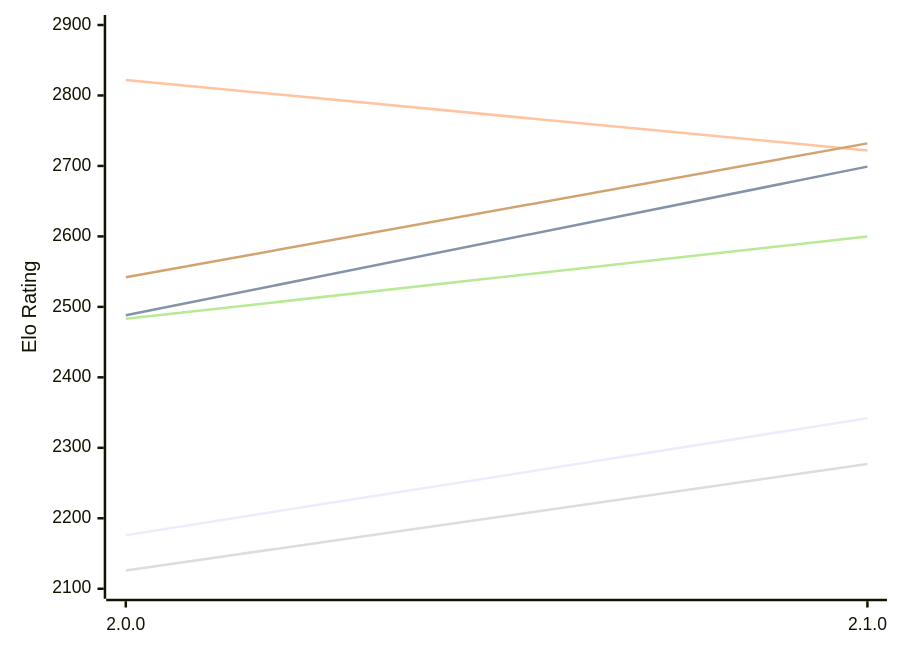
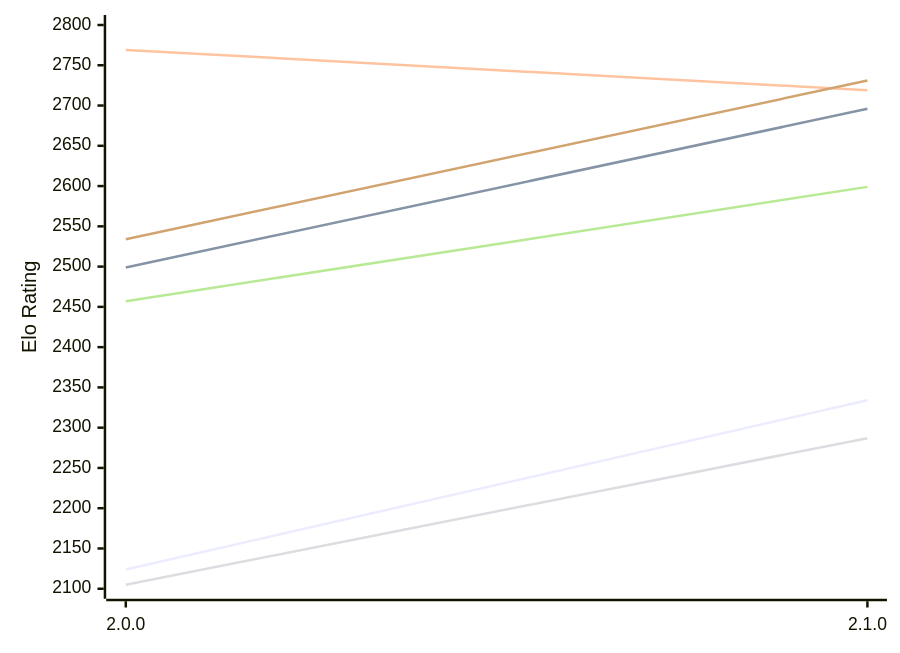
The first of 2 diagrams in engines/Ratsu.md (computer-chess-index/cci), drawn with Mermaid before and after one commit. The commit also changed other lines of this file, not shown here.

Commit message:
Update CCI Ratings (ELO VLTC) - 2026-11-15

````diff
--- a/engines/Ratsu.md
+++ b/engines/Ratsu.md
@@ -54,12 +54,12 @@
 ```mermaid
 %%{init: {"theme":"base","themeVariables":{"seriesColors:['#a3a3a3','#222221','#faa371']}}}%%
 xychart-beta
   x-axis ["2.0.0", "2.1.0"]
-  y-axis "Elo Rating" 2100 --> 2900
-  line "E1: STC (8.0+0.08s)" [2176, 2342]
-  line "E1: LTC (60.0+0.60s)" [2488, 2699]
-  line "E1: VLTC (2m24s+1.12s)" [2822, 2722]
-  line "P1: STC (8.0+0.08s)" [2126, 2277]
-  line "P1: LTC (60.0+0.60s)" [2483, 2600]
-  line "P1: VLTC (2m24s+1.12s)" [2542, 2732]
+  y-axis "Elo Rating" 2100 --> 2800
+  line "E1: STC (8.0+0.08s)" [2124, 2334]
+  line "E1: LTC (60.0+0.60s)" [2499, 2696]
+  line "E1: VLTC (2m24s+1.12s)" [2769, 2719]
+  line "P1: STC (8.0+0.08s)" [2105, 2287]
+  line "P1: LTC (60.0+0.60s)" [2457, 2599]
+  line "P1: VLTC (2m24s+1.12s)" [2534, 2731]
 ```
````
